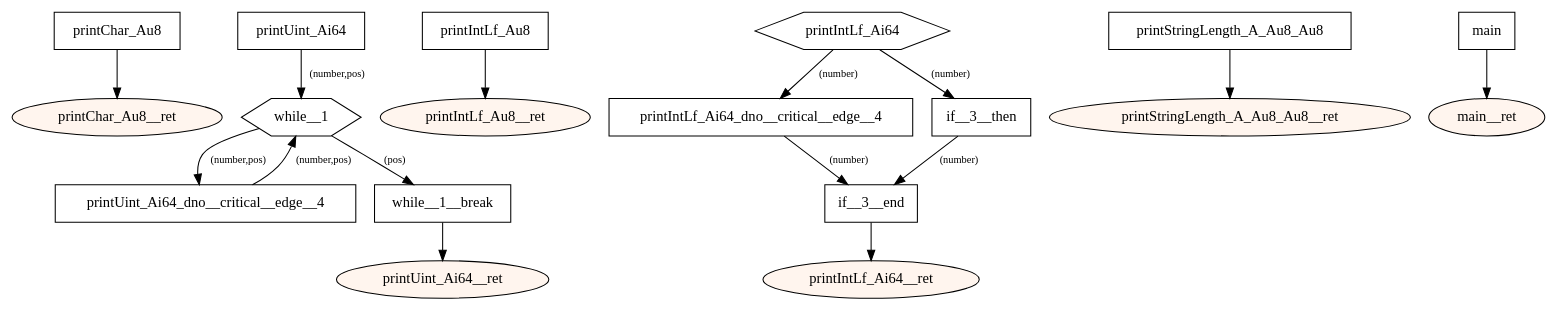
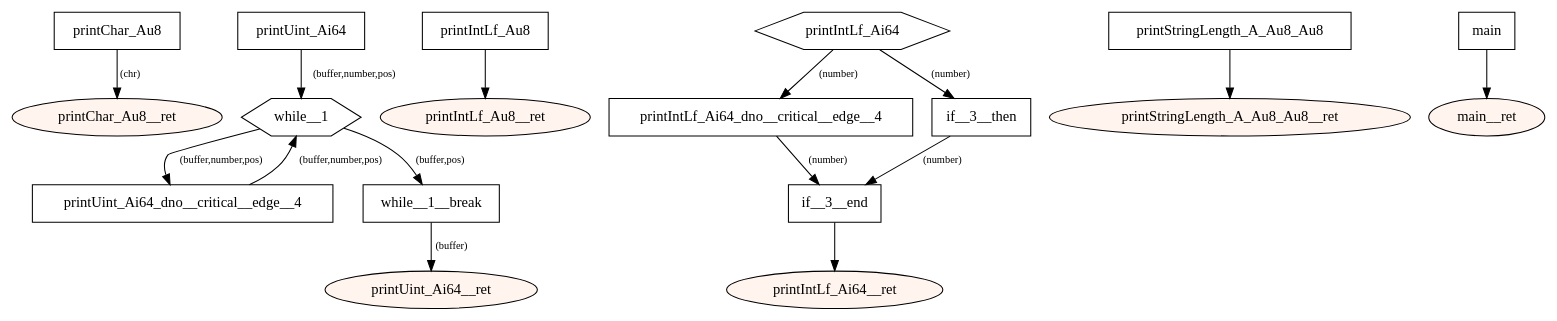
Before and after one commit to tmssngr/tinyC: the diagram in src/main/resources-test/compiler/windows/structs.dot, drawn with Graphviz. The commit also changed 178 other files, not shown here.

```diff
--- a/src/main/resources-test/compiler/windows/structs.dot
+++ b/src/main/resources-test/compiler/windows/structs.dot
@@ -1,47 +1,47 @@
 digraph program {
 	edge[fontsize="10pt"];
 	subgraph fn_printChar_Au8 {
 		BasicBlock_0_printChar_Au8 [label="printChar_Au8",shape=box];
-		BasicBlock_0_printChar_Au8 -> BasicBlock_0_printChar_Au8__ret;
+		BasicBlock_0_printChar_Au8 -> BasicBlock_0_printChar_Au8__ret [label="(chr)"];
 		BasicBlock_0_printChar_Au8__ret [label="printChar_Au8__ret",shape=oval,style=filled,fillcolor="#fff5ee"];
 	}
 	subgraph fn_printUint_Ai64 {
 		BasicBlock_1_printUint_Ai64 [label="printUint_Ai64",shape=box];
-		BasicBlock_1_printUint_Ai64 -> BasicBlock_1_while__1 [label="(number,pos)"];
+		BasicBlock_1_printUint_Ai64 -> BasicBlock_1_while__1 [label="(buffer,number,pos)"];
 		BasicBlock_1_printUint_Ai64_dno__critical__edge__4 [label="printUint_Ai64_dno__critical__edge__4",shape=box];
-		BasicBlock_1_printUint_Ai64_dno__critical__edge__4 -> BasicBlock_1_while__1 [label="(number,pos)"];
+		BasicBlock_1_printUint_Ai64_dno__critical__edge__4 -> BasicBlock_1_while__1 [label="(buffer,number,pos)"];
 		BasicBlock_1_while__1 [label="while__1",shape=hexagon];
-		BasicBlock_1_while__1 -> BasicBlock_1_printUint_Ai64_dno__critical__edge__4 [label="(number,pos)"];
-		BasicBlock_1_while__1 -> BasicBlock_1_while__1__break [label="(pos)"];
+		BasicBlock_1_while__1 -> BasicBlock_1_printUint_Ai64_dno__critical__edge__4 [label="(buffer,number,pos)"];
+		BasicBlock_1_while__1 -> BasicBlock_1_while__1__break [label="(buffer,pos)"];
 		BasicBlock_1_while__1__break [label="while__1__break",shape=box];
-		BasicBlock_1_while__1__break -> BasicBlock_1_printUint_Ai64__ret;
+		BasicBlock_1_while__1__break -> BasicBlock_1_printUint_Ai64__ret [label="(buffer)"];
 		BasicBlock_1_printUint_Ai64__ret [label="printUint_Ai64__ret",shape=oval,style=filled,fillcolor="#fff5ee"];
 	}
 	subgraph fn_printIntLf_Au8 {
 		BasicBlock_2_printIntLf_Au8 [label="printIntLf_Au8",shape=box];
 		BasicBlock_2_printIntLf_Au8 -> BasicBlock_2_printIntLf_Au8__ret;
 		BasicBlock_2_printIntLf_Au8__ret [label="printIntLf_Au8__ret",shape=oval,style=filled,fillcolor="#fff5ee"];
 	}
 	subgraph fn_printIntLf_Ai64 {
 		BasicBlock_3_printIntLf_Ai64 [label="printIntLf_Ai64",shape=hexagon];
 		BasicBlock_3_printIntLf_Ai64 -> BasicBlock_3_printIntLf_Ai64_dno__critical__edge__4 [label="(number)"];
 		BasicBlock_3_printIntLf_Ai64 -> BasicBlock_3_if__3__then [label="(number)"];
 		BasicBlock_3_printIntLf_Ai64_dno__critical__edge__4 [label="printIntLf_Ai64_dno__critical__edge__4",shape=box];
 		BasicBlock_3_printIntLf_Ai64_dno__critical__edge__4 -> BasicBlock_3_if__3__end [label="(number)"];
 		BasicBlock_3_if__3__then [label="if__3__then",shape=box];
 		BasicBlock_3_if__3__then -> BasicBlock_3_if__3__end [label="(number)"];
 		BasicBlock_3_if__3__end [label="if__3__end",shape=box];
 		BasicBlock_3_if__3__end -> BasicBlock_3_printIntLf_Ai64__ret;
 		BasicBlock_3_printIntLf_Ai64__ret [label="printIntLf_Ai64__ret",shape=oval,style=filled,fillcolor="#fff5ee"];
 	}
 	subgraph fn_printStringLength_A_Au8_Au8 {
 		BasicBlock_4_printStringLength_A_Au8_Au8 [label="printStringLength_A_Au8_Au8",shape=box];
 		BasicBlock_4_printStringLength_A_Au8_Au8 -> BasicBlock_4_printStringLength_A_Au8_Au8__ret;
 		BasicBlock_4_printStringLength_A_Au8_Au8__ret [label="printStringLength_A_Au8_Au8__ret",shape=oval,style=filled,fillcolor="#fff5ee"];
 	}
 	subgraph fn_main {
 		BasicBlock_5_main [label="main",shape=box];
 		BasicBlock_5_main -> BasicBlock_5_main__ret;
 		BasicBlock_5_main__ret [label="main__ret",shape=oval,style=filled,fillcolor="#fff5ee"];
 	}
 }
```
